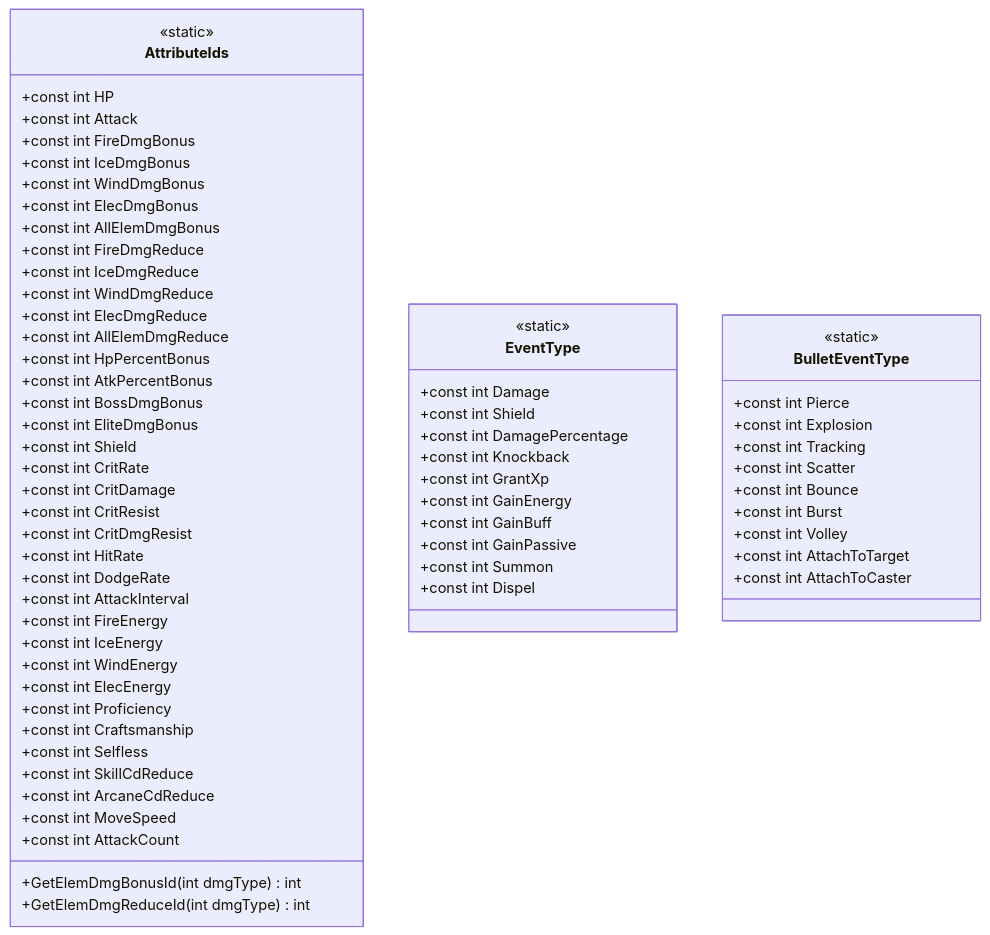
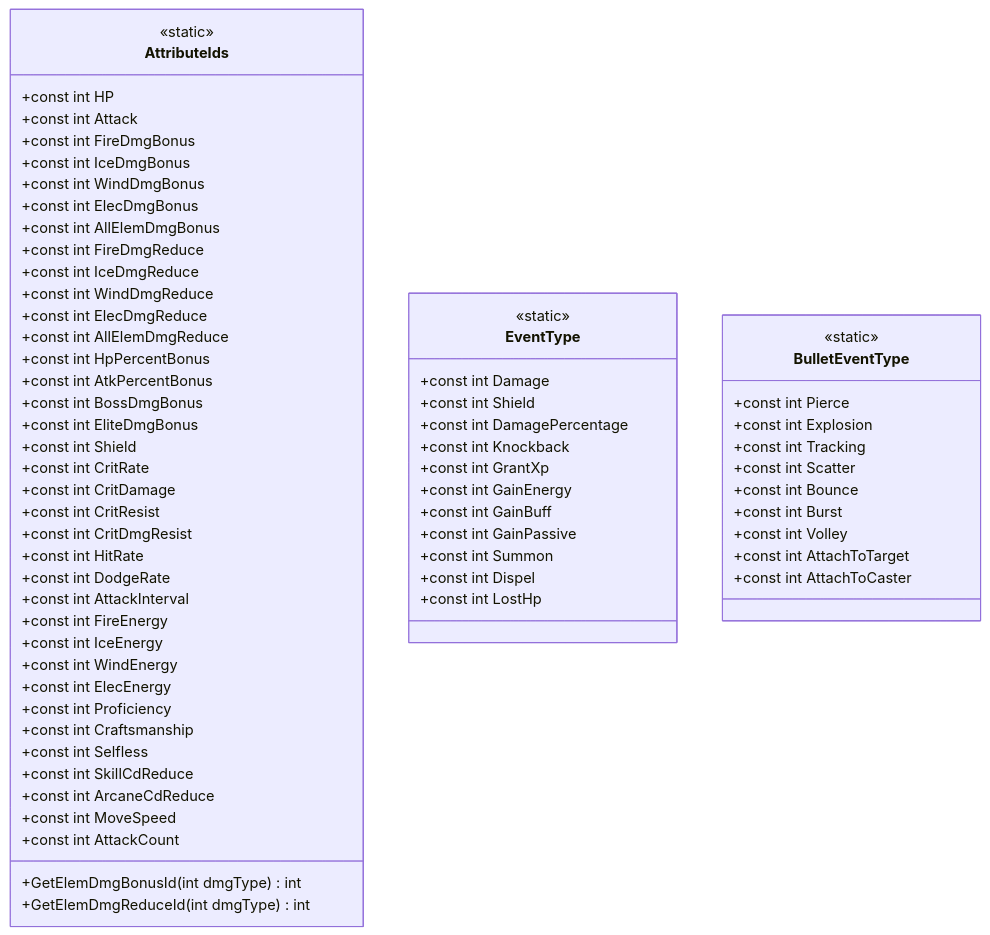
The second of 15 diagrams in .qoder/repowiki/zh/content/核心架构/游戏常量与类型.md (Tuusen/p1_client), drawn with Mermaid before and after one commit. The commit also changed other lines of this file and 14 other files, not shown here.

````diff
--- a/.qoder/repowiki/zh/content/核心架构/游戏常量与类型.md
+++ b/.qoder/repowiki/zh/content/核心架构/游戏常量与类型.md
@@ -137,68 +136,69 @@
 ```mermaid
 classDiagram
 class AttributeIds {
 <<static>>
 +const int HP
 +const int Attack
 +const int FireDmgBonus
 +const int IceDmgBonus
 +const int WindDmgBonus
 +const int ElecDmgBonus
 +const int AllElemDmgBonus
 +const int FireDmgReduce
 +const int IceDmgReduce
 +const int WindDmgReduce
 +const int ElecDmgReduce
 +const int AllElemDmgReduce
 +const int HpPercentBonus
 +const int AtkPercentBonus
 +const int BossDmgBonus
 +const int EliteDmgBonus
 +const int Shield
 +const int CritRate
 +const int CritDamage
 +const int CritResist
 +const int CritDmgResist
 +const int HitRate
 +const int DodgeRate
 +const int AttackInterval
 +const int FireEnergy
 +const int IceEnergy
 +const int WindEnergy
 +const int ElecEnergy
 +const int Proficiency
 +const int Craftsmanship
 +const int Selfless
 +const int SkillCdReduce
 +const int ArcaneCdReduce
 +const int MoveSpeed
 +const int AttackCount
 +GetElemDmgBonusId(int dmgType) int
 +GetElemDmgReduceId(int dmgType) int
 }
 class EventType {
 <<static>>
 +const int Damage
 +const int Shield
 +const int DamagePercentage
 +const int Knockback
 +const int GrantXp
 +const int GainEnergy
 +const int GainBuff
 +const int GainPassive
 +const int Summon
 +const int Dispel
++const int LostHp
 }
 class BulletEventType {
 <<static>>
 +const int Pierce
 +const int Explosion
 +const int Tracking
 +const int Scatter
 +const int Bounce
 +const int Burst
 +const int Volley
 +const int AttachToTarget
 +const int AttachToCaster
 }
 ```
````
